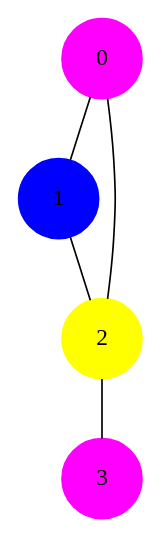
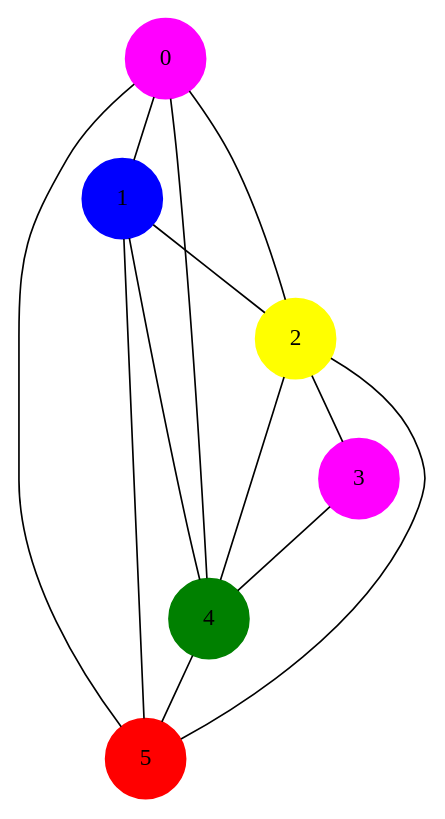
One commit to ksusvuu/cursed changed the diagram in file.dot. Above: the diagram before and after it, drawn with Graphviz. The commit also changed 6 other files, not shown here.

```diff
--- a/file.dot
+++ b/file.dot
@@ -1,11 +1,21 @@
 graph Graph_сoloring { 
 	node [shape=circle width=0.66 style=filled]
 	0 [color = magenta label="0"]
 	1 [color = blue label="1"]
 	2 [color = yellow label="2"]
 	3 [color = magenta label="3"]
+	4 [color = green label="4"]
+	5 [color = red label="5"]
 	0 -- 1;
 	0 -- 2;
+	0 -- 4;
+	0 -- 5;
 	1 -- 2;
+	1 -- 4;
+	1 -- 5;
 	2 -- 3;
+	2 -- 4;
+	2 -- 5;
+	3 -- 4;
+	4 -- 5;
 }
```
